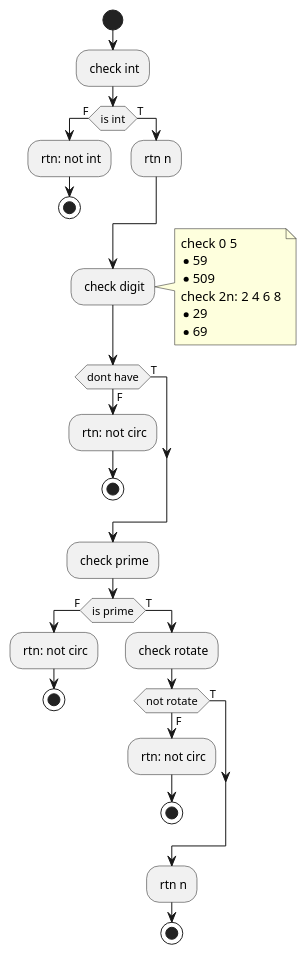
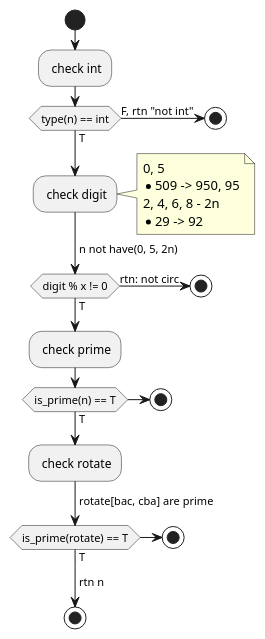
The third of 6 diagrams in test-diagram.md (snefrukai/15-112), drawn with PlantUML before and after one commit. The commit also changed other lines of this file and 5 other files, not shown here.

````diff
--- a/test-diagram.md
+++ b/test-diagram.md
@@ -38,38 +58,37 @@
 ```puml
 start
+
 - check int
-    if (is int) then (F)
-        ->
-        - rtn: not int
+    if (type(n) == int) then(T)
+    else
+        -> F, rtn "not int";
         stop
-    else (T)
-    - rtn n
     endif
 - check digit
     note right
-        check 0 5
-        * 59
-        * 509
-        check 2n: 2 4 6 8
-        * 29
-        * 69
+        0, 5
+        * 509 -> 950, 95
+        2, 4, 6, 8 - 2n
+        * 29 -> 92
     end note
-    if (dont have) then (F)
-        - rtn: not circ
+    -> n not have(0, 5, 2n);
+    if (digit % x != 0) then(T)
+    else
+        -> rtn: not circ;
         stop
-    else (T)
     endif
 - check prime
-    if (is prime) then (F)
-        - rtn: not circ
+    if (is_prime(n) == T) then (T)
+    else
         stop
-    else (T)
-- check rotate 
-    if (not rotate) then (F)
-        - rtn: not circ
+    endif
+- check rotate
+-> rotate[bac, cba] are prime;
+    if (is_prime(rotate) == T) then (T)
+    else
         stop
-    else (T)
     endif
-- rtn n
+-> rtn n;
+
 stop
 ```
````
